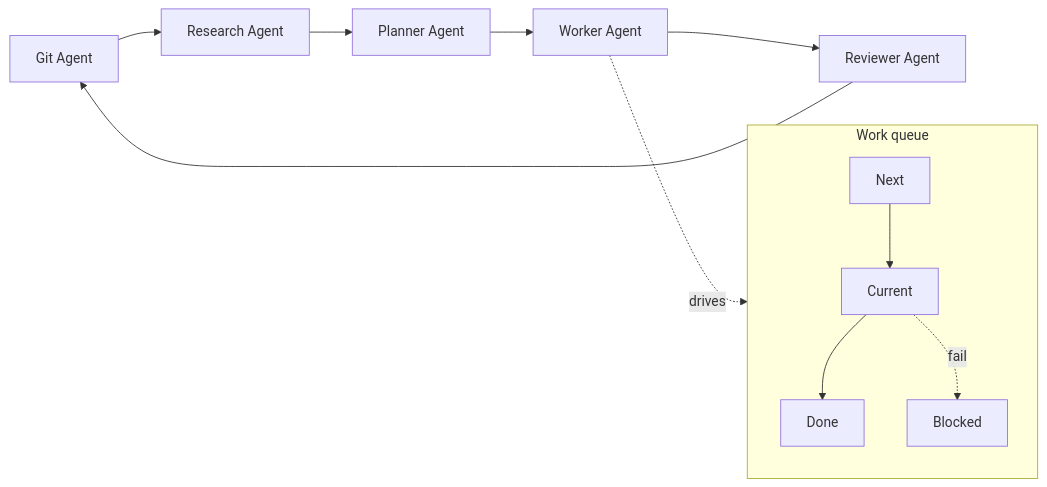
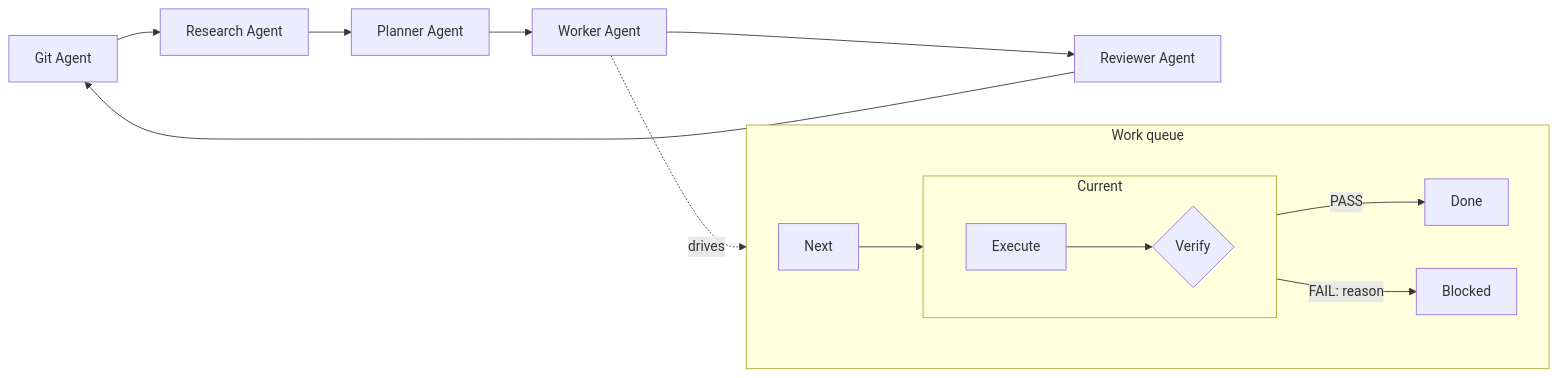
The first of 2 diagrams in README.md (piontkovsk11andre1/nai), drawn with Mermaid before and after one commit.

Commit message:
Update workflow diagram in README.md to clarify execution and verification process

````diff
--- a/README.md
+++ b/README.md
@@ -105,15 +105,24 @@
 ```mermaid
 flowchart LR
     G[Git Agent] --> R[Research Agent]
     R --> P[Planner Agent]
     P --> W[Worker Agent]
     W --> V[Reviewer Agent]
     V --> G
 
     subgraph Queue [Work queue]
-        N[Next] --> C[Current] --> D[Done]
-        C -.fail.-> B[Blocked]
+        direction LR
+        N[Next]
+        subgraph Current [Current]
+            direction LR
+            E[Execute] --> Vf{Verify}
+        end
+        D[Done]
+        B[Blocked]
+        N --> E
+        Vf -- PASS --> D
+        Vf -- "FAIL: reason" --> B
     end
 
     W -. drives .-> Queue
 ```
````
